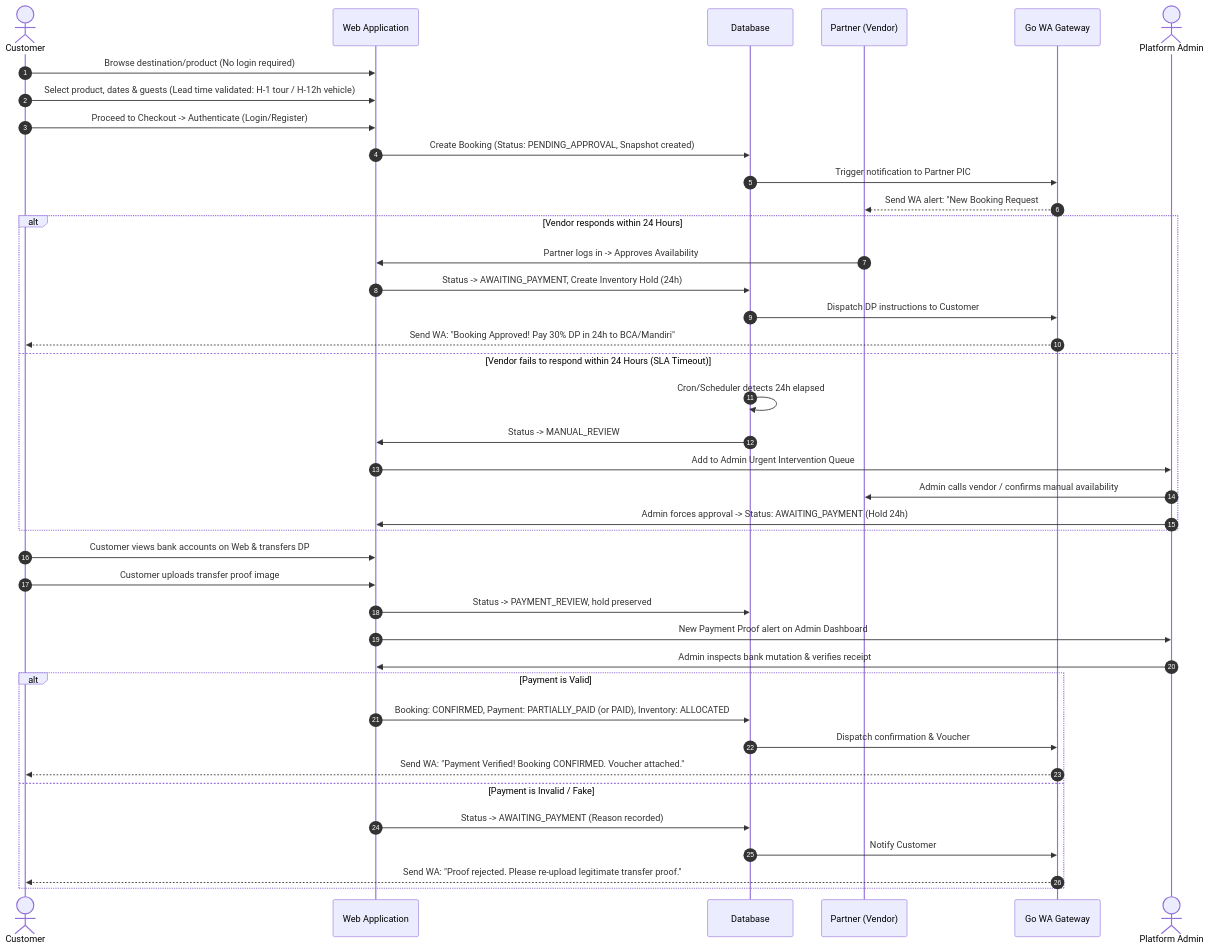
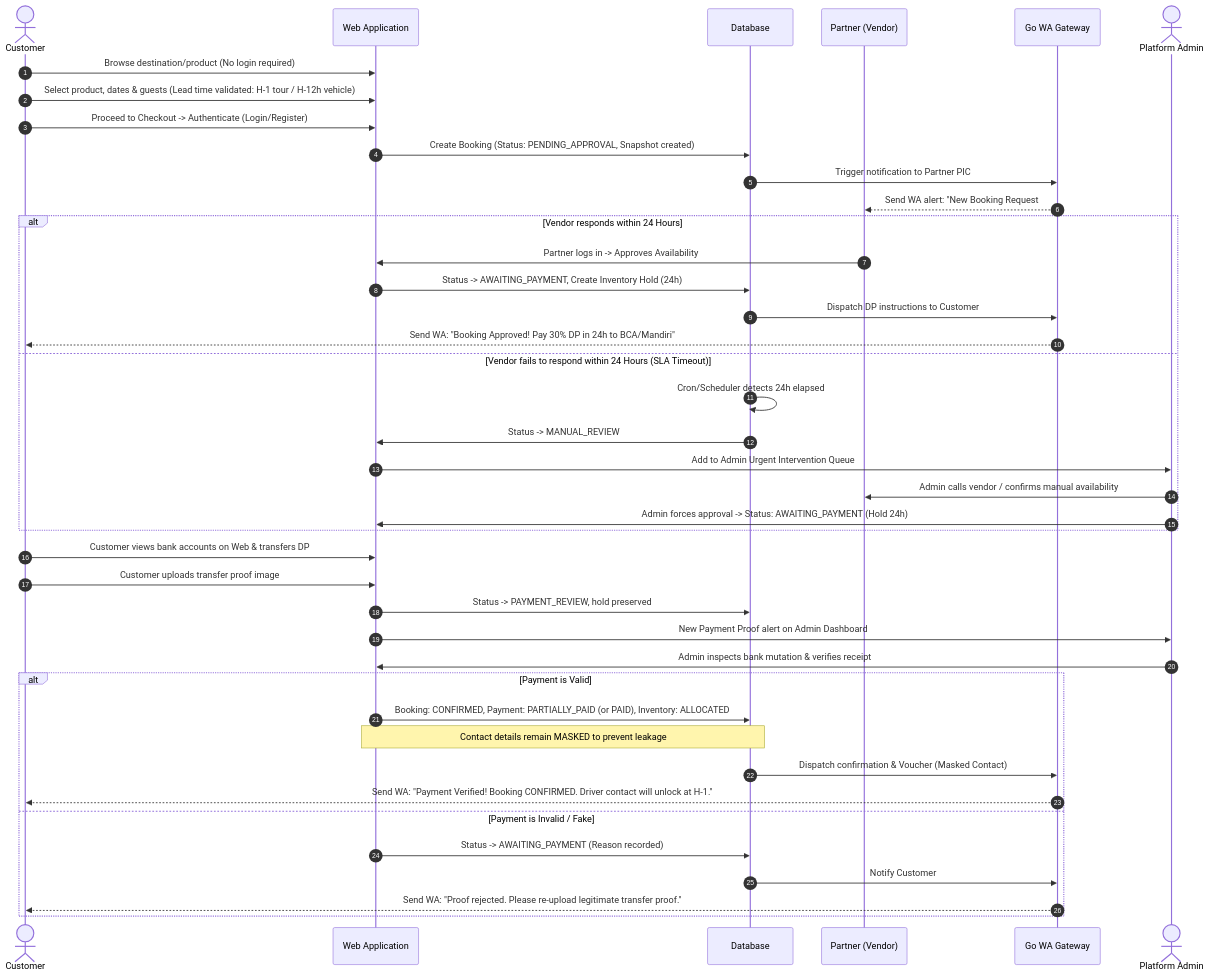
The first of 10 diagrams in docs/product/USER_FLOWS.md (khensin166/Muter-Muter-App), drawn with Mermaid before and after one commit. The commit also changed other lines of this file and 96 other files, not shown here.

````diff
--- a/docs/product/USER_FLOWS.md
+++ b/docs/product/USER_FLOWS.md
@@ -12,46 +12,47 @@
 ```mermaid
 sequenceDiagram
     autonumber
     actor C as Customer
     participant W as Web Application
     participant DB as Database
     participant V as Partner (Vendor)
     participant WA as Go WA Gateway
     actor A as Platform Admin
 
     C->>W: Browse destination/product (No login required)
     C->>W: Select product, dates & guests (Lead time validated: H-1 tour / H-12h vehicle)
     C->>W: Proceed to Checkout -> Authenticate (Login/Register)
     W->>DB: Create Booking (Status: PENDING_APPROVAL, Snapshot created)
     DB->>WA: Trigger notification to Partner PIC
     WA-->>V: Send WA alert: "New Booking Request #BOOK-xxx (SLA 24h)"
 
     alt Vendor responds within 24 Hours
         V->>W: Partner logs in -> Approves Availability
         W->>DB: Status -> AWAITING_PAYMENT, Create Inventory Hold (24h)
         DB->>WA: Dispatch DP instructions to Customer
         WA-->>C: Send WA: "Booking Approved! Pay 30% DP in 24h to BCA/Mandiri"
     else Vendor fails to respond within 24 Hours (SLA Timeout)
         DB->>DB: Cron/Scheduler detects 24h elapsed
         DB->>W: Status -> MANUAL_REVIEW
         W->>A: Add to Admin Urgent Intervention Queue
         A->>V: Admin calls vendor / confirms manual availability
         A->>W: Admin forces approval -> Status: AWAITING_PAYMENT (Hold 24h)
     end
 
     C->>W: Customer views bank accounts on Web & transfers DP
     C->>W: Customer uploads transfer proof image
     W->>DB: Status -> PAYMENT_REVIEW, hold preserved
     W->>A: New Payment Proof alert on Admin Dashboard
 
     A->>W: Admin inspects bank mutation & verifies receipt
     alt Payment is Valid
         W->>DB: Booking: CONFIRMED, Payment: PARTIALLY_PAID (or PAID), Inventory: ALLOCATED
-        DB->>WA: Dispatch confirmation & Voucher
-        WA-->>C: Send WA: "Payment Verified! Booking CONFIRMED. Voucher attached."
+        Note over W,DB: Contact details remain MASKED to prevent leakage
+        DB->>WA: Dispatch confirmation & Voucher (Masked Contact)
+        WA-->>C: Send WA: "Payment Verified! Booking CONFIRMED. Driver contact will unlock at H-1."
     else Payment is Invalid / Fake
         W->>DB: Status -> AWAITING_PAYMENT (Reason recorded)
         DB->>WA: Notify Customer
         WA-->>C: Send WA: "Proof rejected. Please re-upload legitimate transfer proof."
     end
 ```
````
